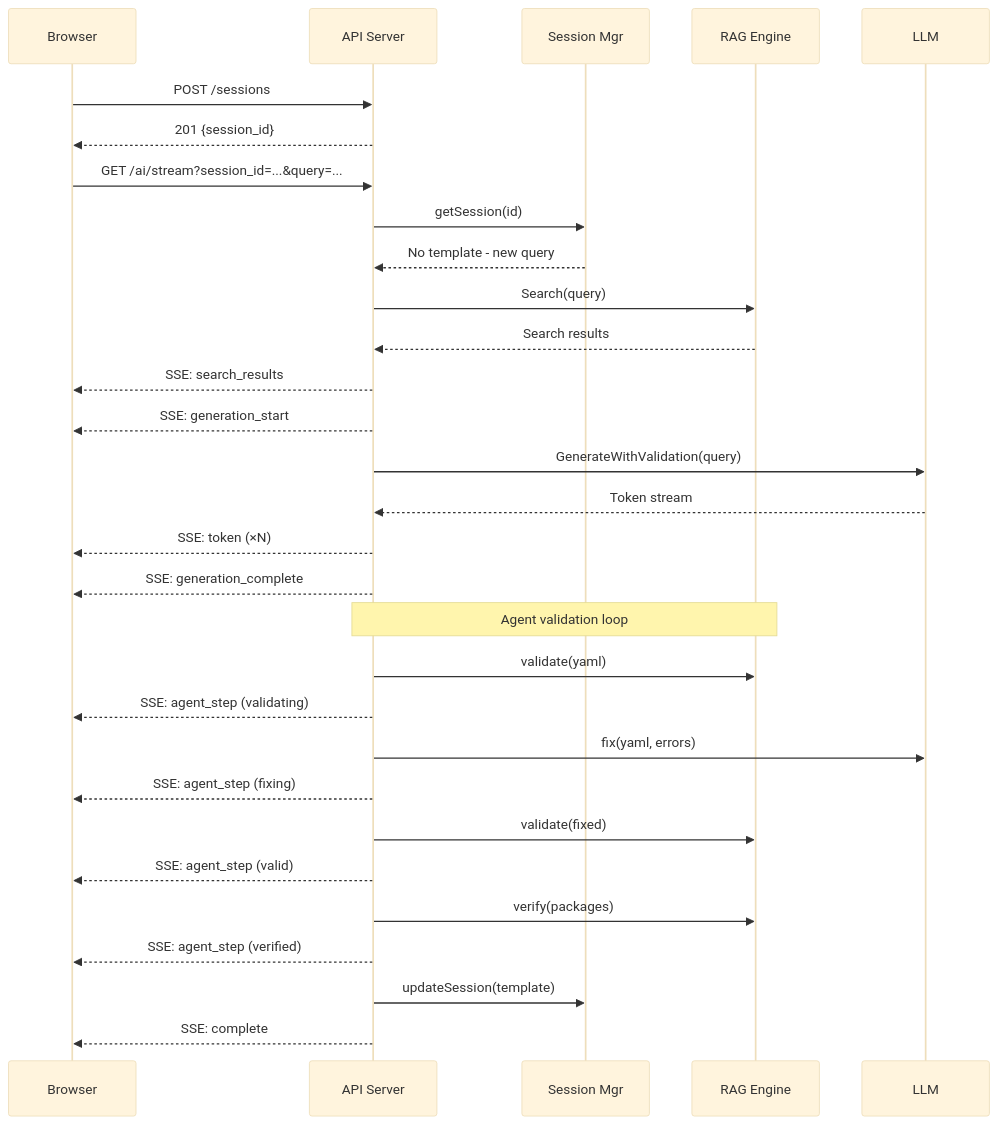
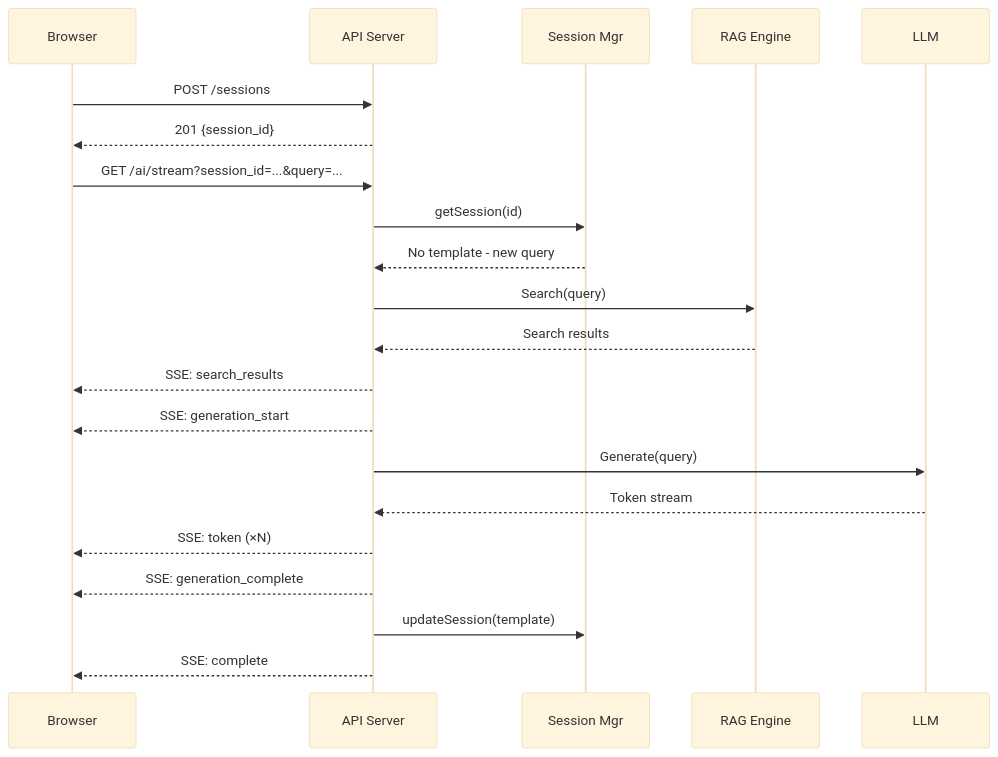
The second of 5 diagrams in docs/architecture/adr-web-interface-architecture.md (open-edge-platform/image-composer-tool), drawn with Mermaid (base theme) before and after one commit. The commit also changed other lines of this file, not shown here.

First line of the commit message:
docs(adr): defer agent validation to future implementation phase

````diff
--- a/docs/architecture/adr-web-interface-architecture.md
+++ b/docs/architecture/adr-web-interface-architecture.md
@@ -549,38 +472,28 @@
 ```mermaid
 sequenceDiagram
     participant B as Browser
     participant A as API Server
     participant S as Session Mgr
     participant R as RAG Engine
     participant L as LLM
 
     B->>A: POST /sessions
     A-->>B: 201 {session_id}
 
     B->>A: GET /ai/stream?session_id=...&query=...
     A->>S: getSession(id)
     S-->>A: No template - new query
 
     A->>R: Search(query)
     R-->>A: Search results
     A-->>B: SSE: search_results
 
     A-->>B: SSE: generation_start
-    A->>L: GenerateWithValidation(query)
+    A->>L: Generate(query)
     L-->>A: Token stream
     A-->>B: SSE: token (×N)
     A-->>B: SSE: generation_complete
 
-    Note over A,R: Agent validation loop
-    A->>R: validate(yaml)
-    A-->>B: SSE: agent_step (validating)
-    A->>L: fix(yaml, errors)
-    A-->>B: SSE: agent_step (fixing)
-    A->>R: validate(fixed)
-    A-->>B: SSE: agent_step (valid)
-    A->>R: verify(packages)
-    A-->>B: SSE: agent_step (verified)
-
     A->>S: updateSession(template)
     A-->>B: SSE: complete
 ```
````
